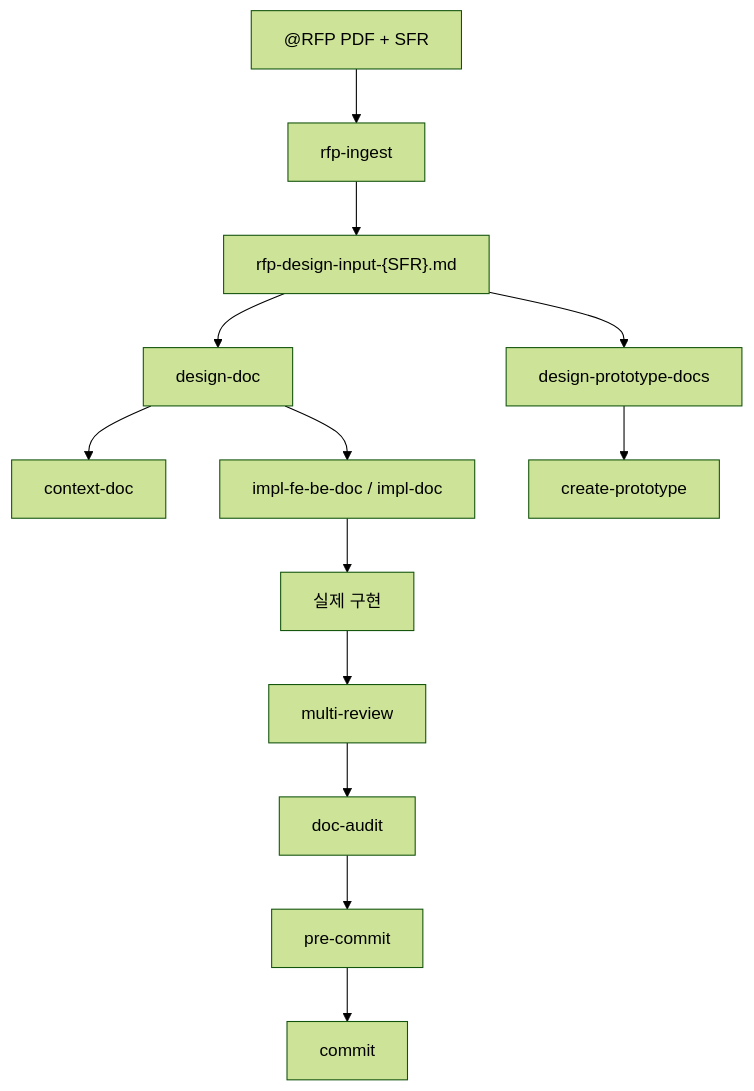
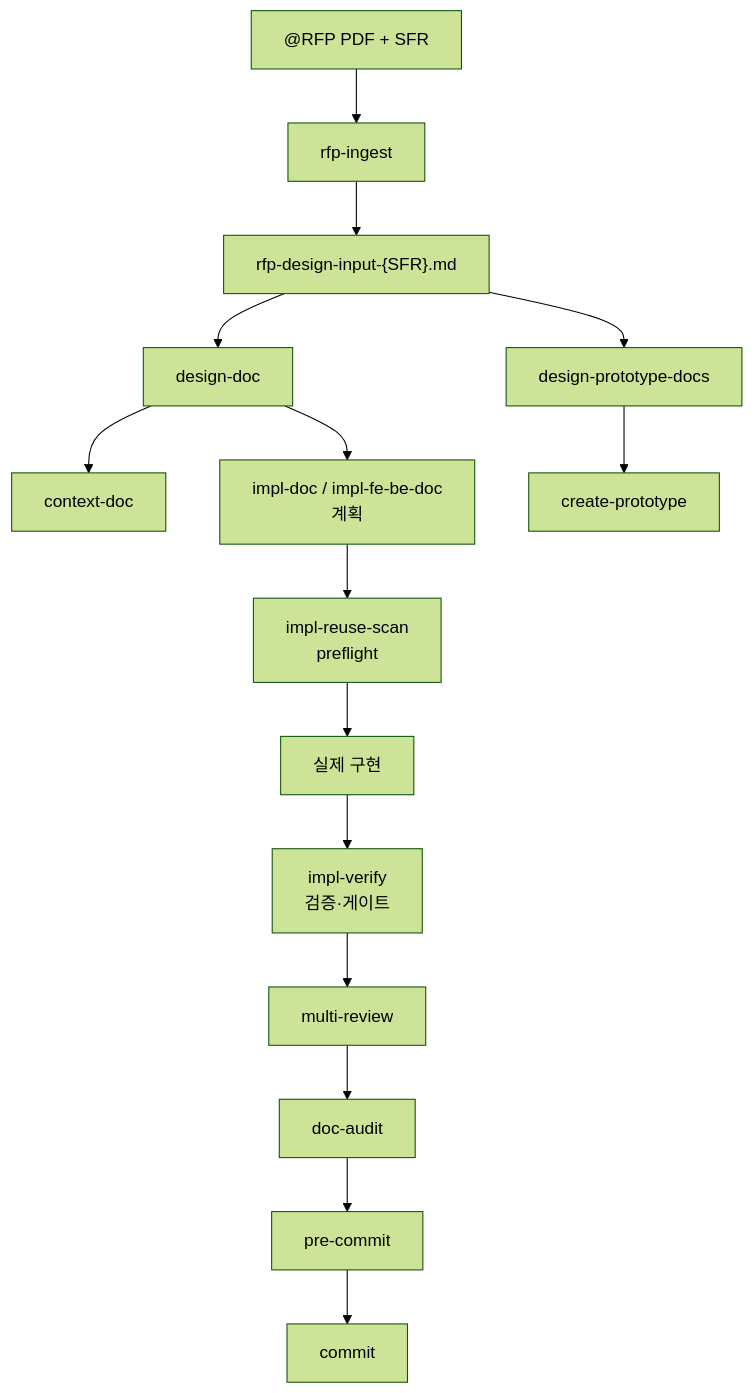
One commit to hb9397/AI_Agent_docs changed the sixth of 8 diagrams in Harness_Engineering_Intro.md. Above: the diagram before and after it, drawn with Mermaid (forest theme). The commit also changed other lines of this file and 2 other files, not shown here.

First line of the commit message:
docs(harness-docs): impl 패밀리 4종 확장 반영 — 구조 문서

````diff
--- a/Harness_Engineering_Intro.md
+++ b/Harness_Engineering_Intro.md
@@ -281,15 +288,17 @@
 ```mermaid
 flowchart TD
     A["@RFP PDF + SFR"] --> B["rfp-ingest"]
     B --> C["rfp-design-input-{SFR}.md"]
     C --> D["design-doc"]
     C --> E["design-prototype-docs"]
     D --> F["context-doc"]
-    D --> G["impl-fe-be-doc / impl-doc"]
+    D --> G["impl-doc / impl-fe-be-doc<br/>계획"]
     E --> H["create-prototype"]
-    G --> I["실제 구현"]
-    I --> J["multi-review"]
+    G --> G1["impl-reuse-scan<br/>preflight"]
+    G1 --> I["실제 구현"]
+    I --> I1["impl-verify<br/>검증·게이트"]
+    I1 --> J["multi-review"]
     J --> K["doc-audit"]
     K --> L["pre-commit"]
     L --> M["commit"]
 ```
````
